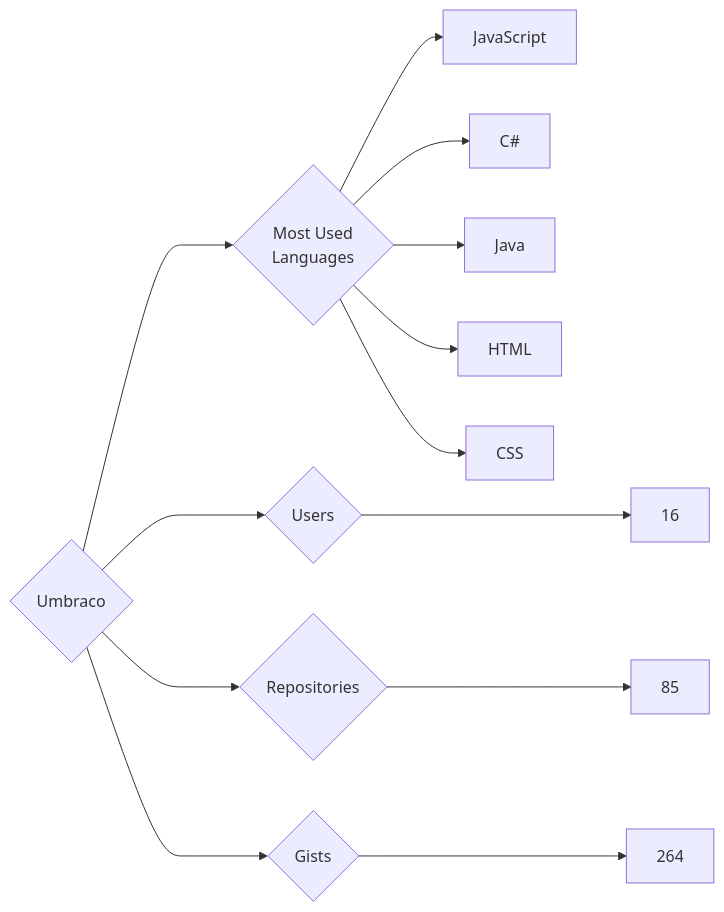
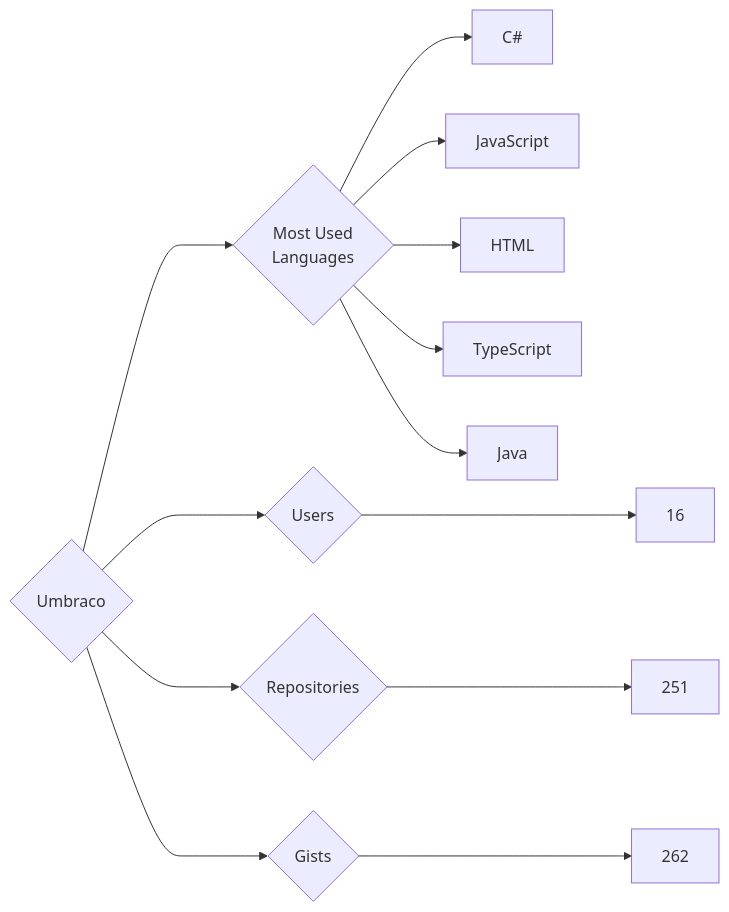
The diagram in targets/Umbraco/README.md (trickest/insiders), drawn with Mermaid before and after one commit. The commit also changed 877 other files, not shown here.

````diff
--- a/targets/Umbraco/README.md
+++ b/targets/Umbraco/README.md
@@ -3,13 +3,13 @@
 ```mermaid
 graph LR
 COMPANY_NAME{Umbraco}
 COMPANY_NAME ---> U{Users} ---> UN[16]
-COMPANY_NAME ---> R{Repositories} ---> RN[85]
-COMPANY_NAME ---> G{Gists} ---> GN[264]
+COMPANY_NAME ---> R{Repositories} ---> RN[251]
+COMPANY_NAME ---> G{Gists} ---> GN[262]
 COMPANY_NAME ---> ML{Most Used<br>Languages}
+ML --> C#[C#]
 ML --> JavaScript[JavaScript]
-ML --> C#[C#]
+ML --> HTML[HTML]
+ML --> TypeScript[TypeScript]
 ML --> Java[Java]
-ML --> HTML[HTML]
-ML --> CSS[CSS]
 ```
````
